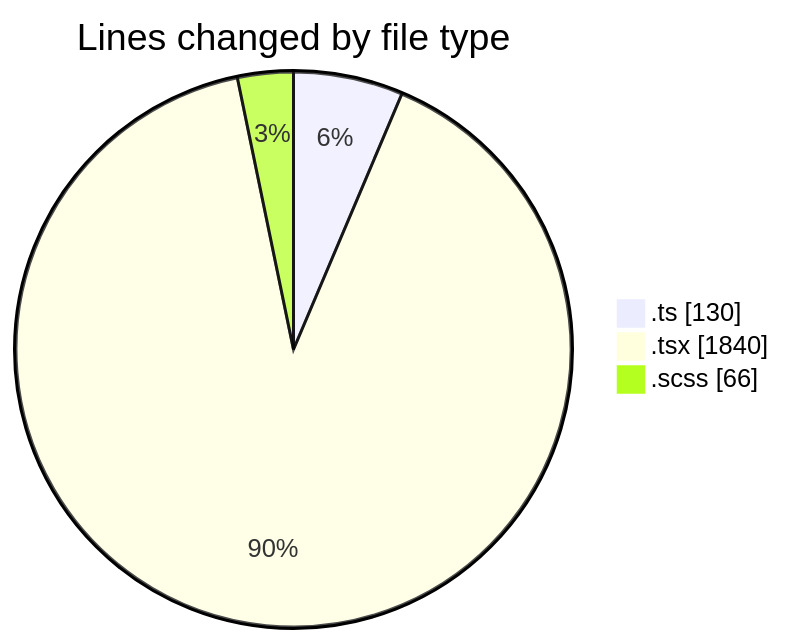
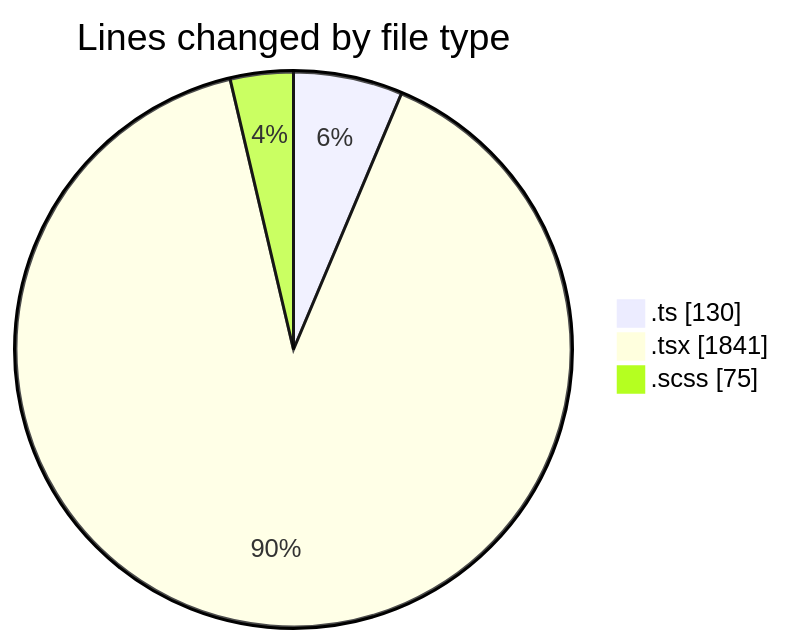
Before and after one commit to momahboobian/code-tracking: the first of 2 diagrams in 2026-11-05/cda/README.md, drawn with Mermaid. The commit also changed other lines of this file and 1 other file, not shown here.

````diff
--- a/2026-11-05/cda/README.md
+++ b/2026-11-05/cda/README.md
@@ -27,7 +27,7 @@
 ```mermaid
 pie showData
 title Lines changed by file type
 ".ts" : 130
-".tsx" : 1840
-".scss" : 66
+".tsx" : 1841
+".scss" : 75
 ```
````
